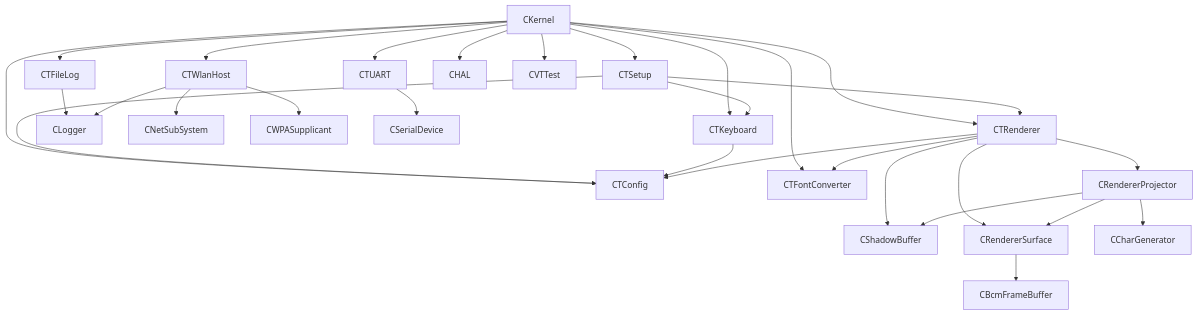
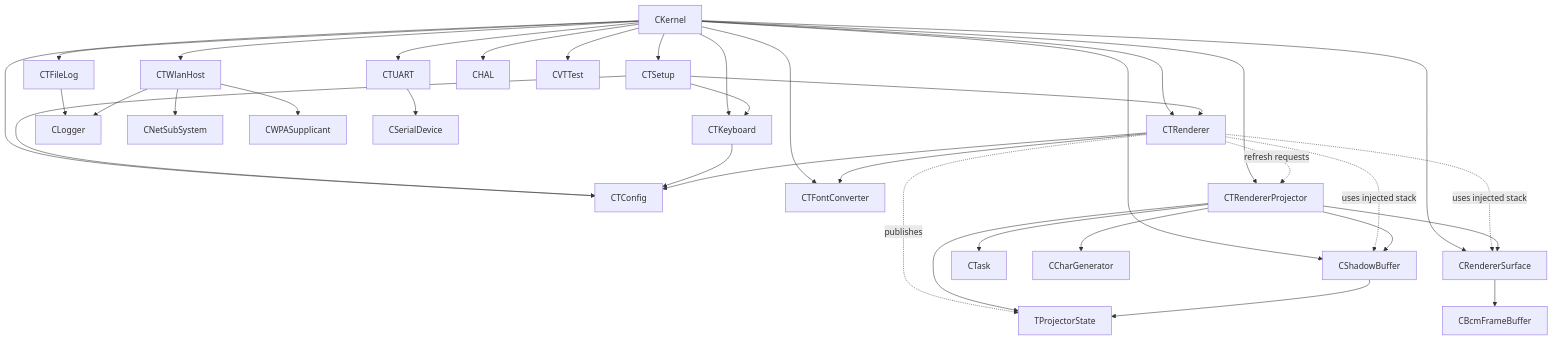
The first of 4 diagrams in VT100/docs/VT100_Architecture.md (rzuehlsd/PiZero_VT100), drawn with Mermaid before and after one commit. The commit also changed other lines of this file and 13 other files, not shown here.

````diff
--- a/VT100/docs/VT100_Architecture.md
+++ b/VT100/docs/VT100_Architecture.md
@@ -67,35 +67,42 @@
 ```mermaid
 graph TD
   CKernel --> CTConfig
   CKernel --> CTFontConverter
   CKernel --> CTRenderer
+  CKernel --> CShadowBuffer
+  CKernel --> CRendererSurface
+  CKernel --> CTRendererProjector
   CKernel --> CTKeyboard
   CKernel --> CTUART
   CKernel --> CTSetup
   CKernel --> CTFileLog
   CKernel --> CTWlanHost
   CKernel --> CHAL
   CKernel --> CVTTest
 
   CTSetup --> CTRenderer
   CTSetup --> CTConfig
   CTSetup --> CTKeyboard
 
   CTKeyboard --> CTConfig
   CTRenderer --> CTConfig
   CTRenderer --> CTFontConverter
-  CTRenderer --> CShadowBuffer
-  CTRenderer --> CRendererProjector
-  CTRenderer --> CRendererSurface
-  CRendererProjector --> CShadowBuffer
-  CRendererProjector --> CRendererSurface
+  CTRenderer -. uses injected stack .-> CShadowBuffer
+  CTRenderer -. uses injected stack .-> CRendererSurface
+  CTRenderer -. refresh requests .-> CTRendererProjector
+  CTRenderer -. publishes .-> TProjectorState
+  CTRendererProjector --> CShadowBuffer
+  CTRendererProjector --> TProjectorState
+  CTRendererProjector --> CRendererSurface
+  CTRendererProjector --> CTask
 
   CTFileLog --> CLogger
   CTWlanHost --> CLogger
   CTWlanHost --> CNetSubSystem
   CTWlanHost --> CWPASupplicant
 
   CTUART --> CSerialDevice
   CRendererSurface --> CBcmFrameBuffer
-  CRendererProjector --> CCharGenerator
+  CTRendererProjector --> CCharGenerator
+  CShadowBuffer --> TProjectorState
 ```
````
